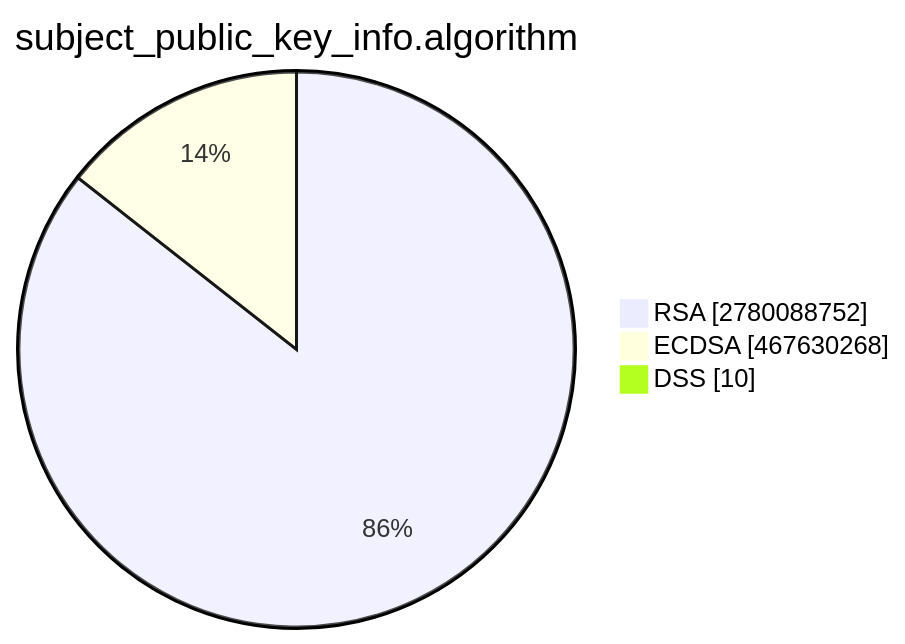
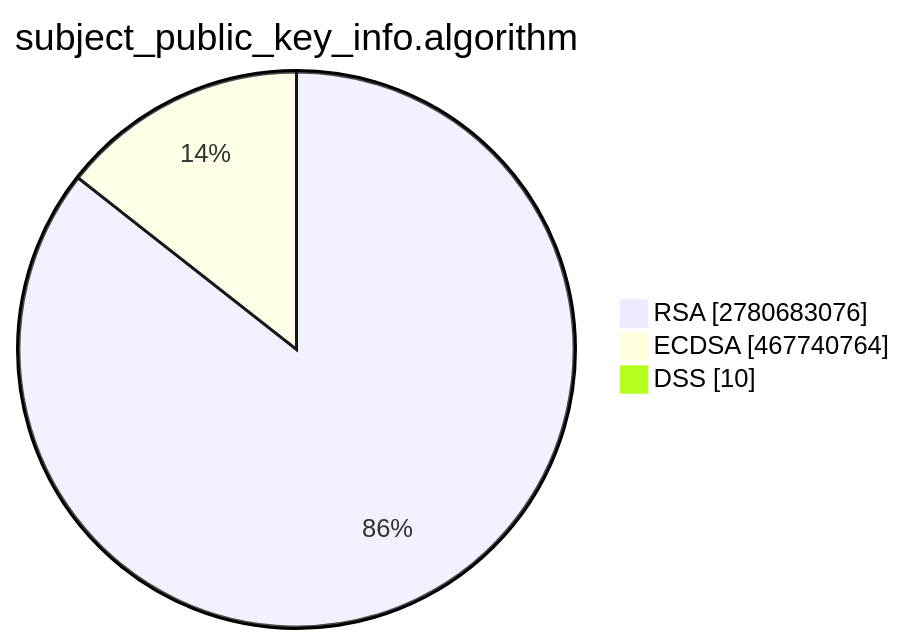
The second of 15 diagrams in TOTAL/README.md (christiankrug/ctmonitor_visualization), drawn with Mermaid before and after one commit. The commit also changed other lines of this file, not shown here.

````diff
--- a/TOTAL/README.md
+++ b/TOTAL/README.md
@@ -6,7 +6,7 @@
 ```mermaid
 pie showData
 title subject_public_key_info.algorithm
-"RSA" :2780088752
-"ECDSA" :467630268
+"RSA" :2780683076
+"ECDSA" :467740764
 "DSS" :10
 ```
````
